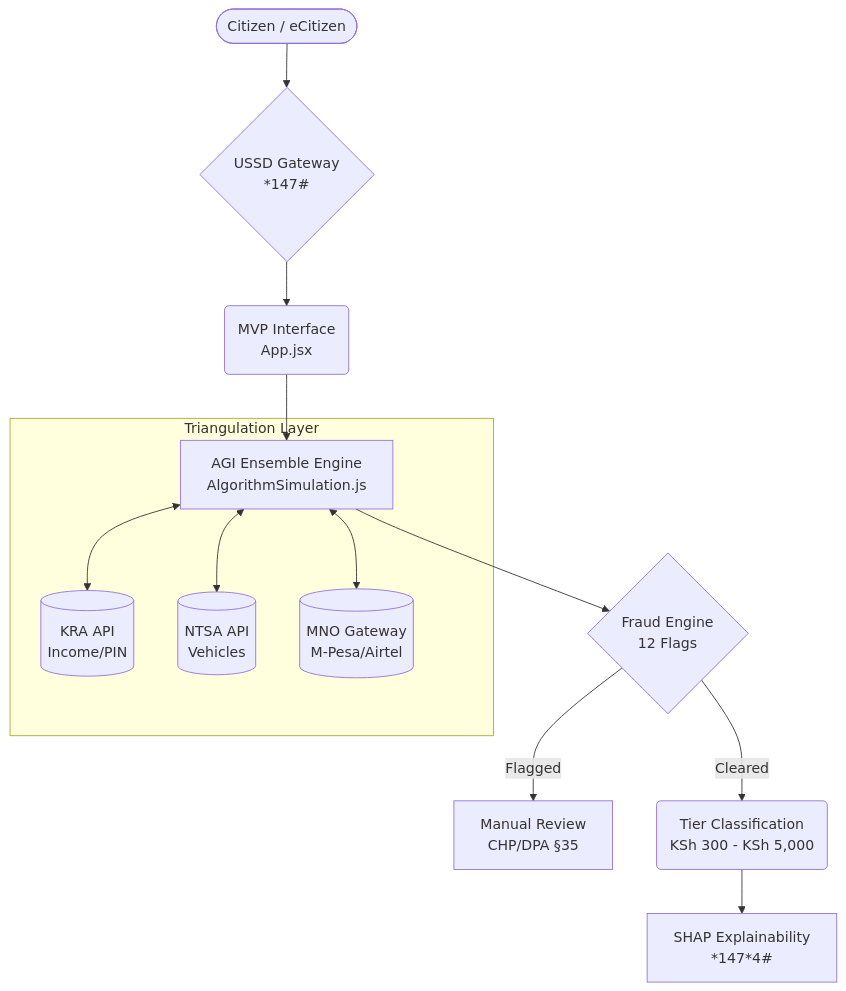
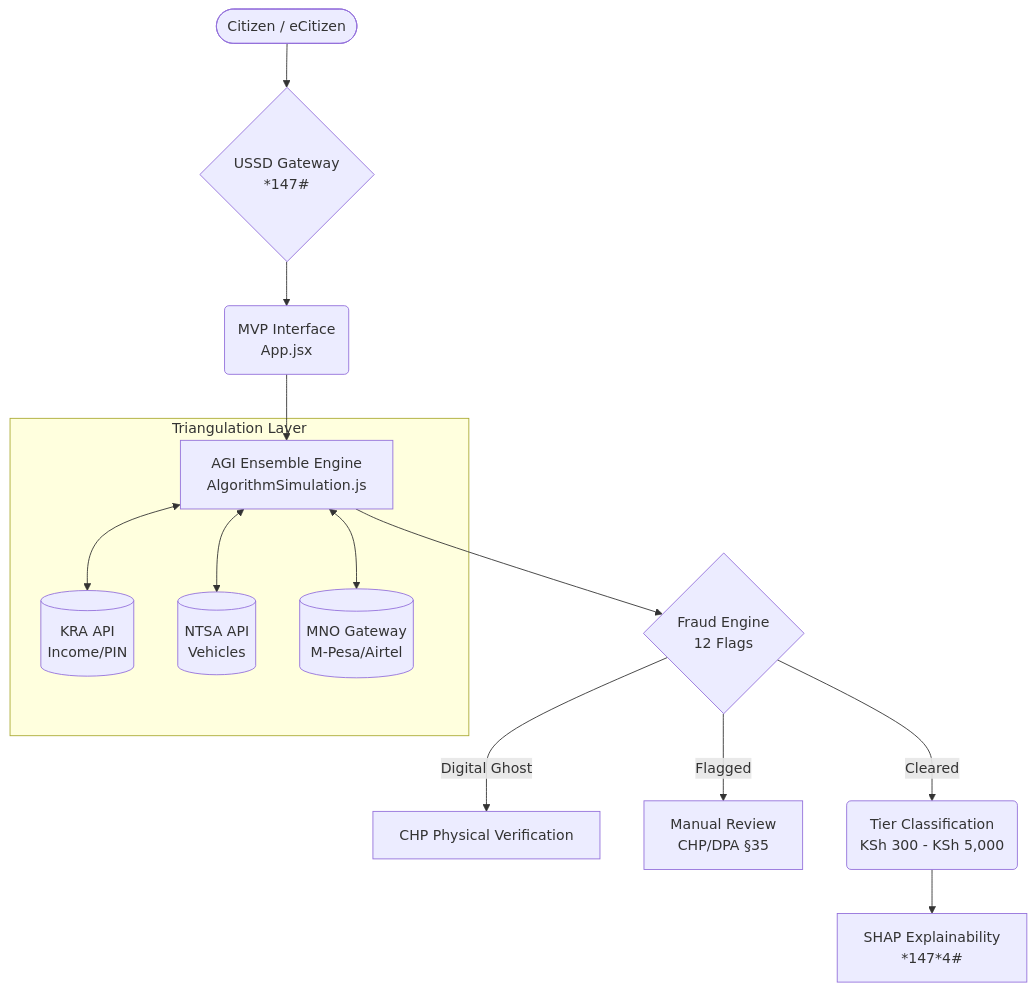
Before and after one commit to pmkaulani/sha-pmt-reform: the diagram in README.md, drawn with Mermaid. The commit also changed other lines of this file and 3 other files, not shown here.

Commit message:
feat: implement Triangulation Fallback Protocol and Digital Ghost detection

````diff
--- a/README.md
+++ b/README.md
@@ -123,17 +128,18 @@
 ```mermaid
 flowchart TD
     Citizen([Citizen / eCitizen]) --> USSD{USSD Gateway \n*147#}
     USSD --> App(MVP Interface \nApp.jsx)
     App --> AGI[AGI Ensemble Engine \nAlgorithmSimulation.js]
     
     subgraph Triangulation Layer
         AGI <--> KRA[(KRA API\nIncome/PIN)]
         AGI <--> NTSA[(NTSA API\nVehicles)]
         AGI <--> MNO[(MNO Gateway\nM-Pesa/Airtel)]
     end
     
     AGI --> Fraud{Fraud Engine \n12 Flags}
+    Fraud -- Digital Ghost --> CHP[CHP Physical Verification]
     Fraud -- Flagged --> Manual[Manual Review \nCHP/DPA §35]
     Fraud -- Cleared --> Tier(Tier Classification \nKSh 300 - KSh 5,000)
     Tier --> SHAP[SHAP Explainability \n*147*4#]
 ```
````
